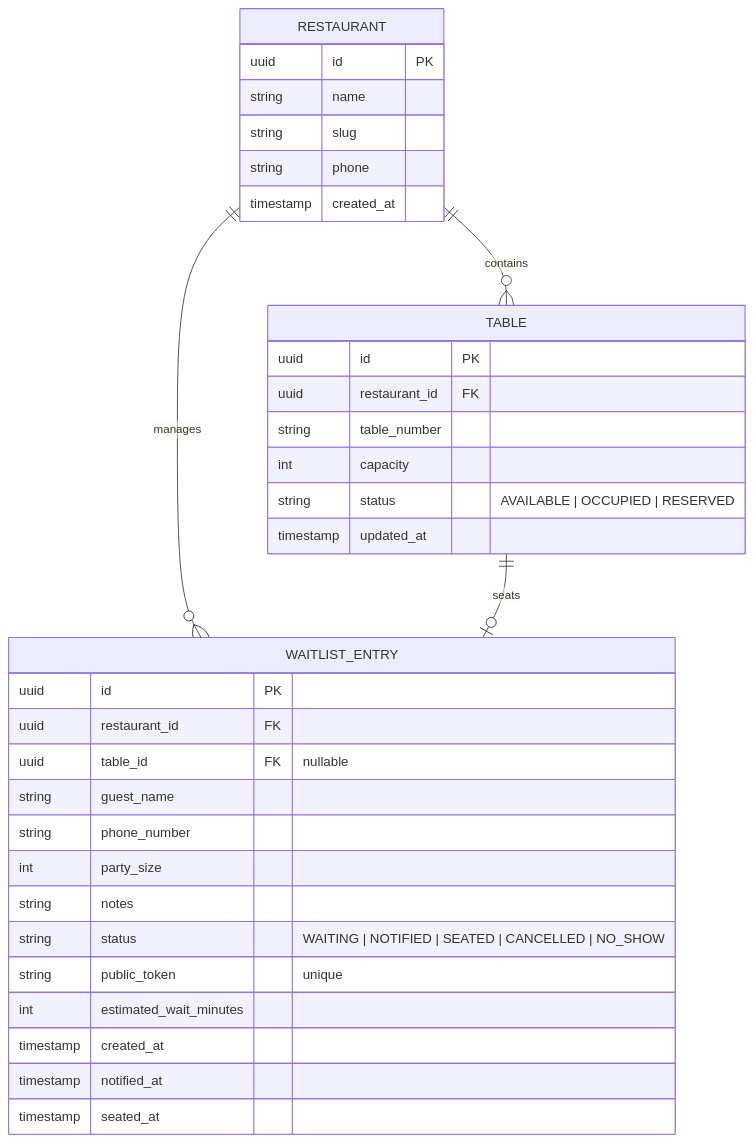
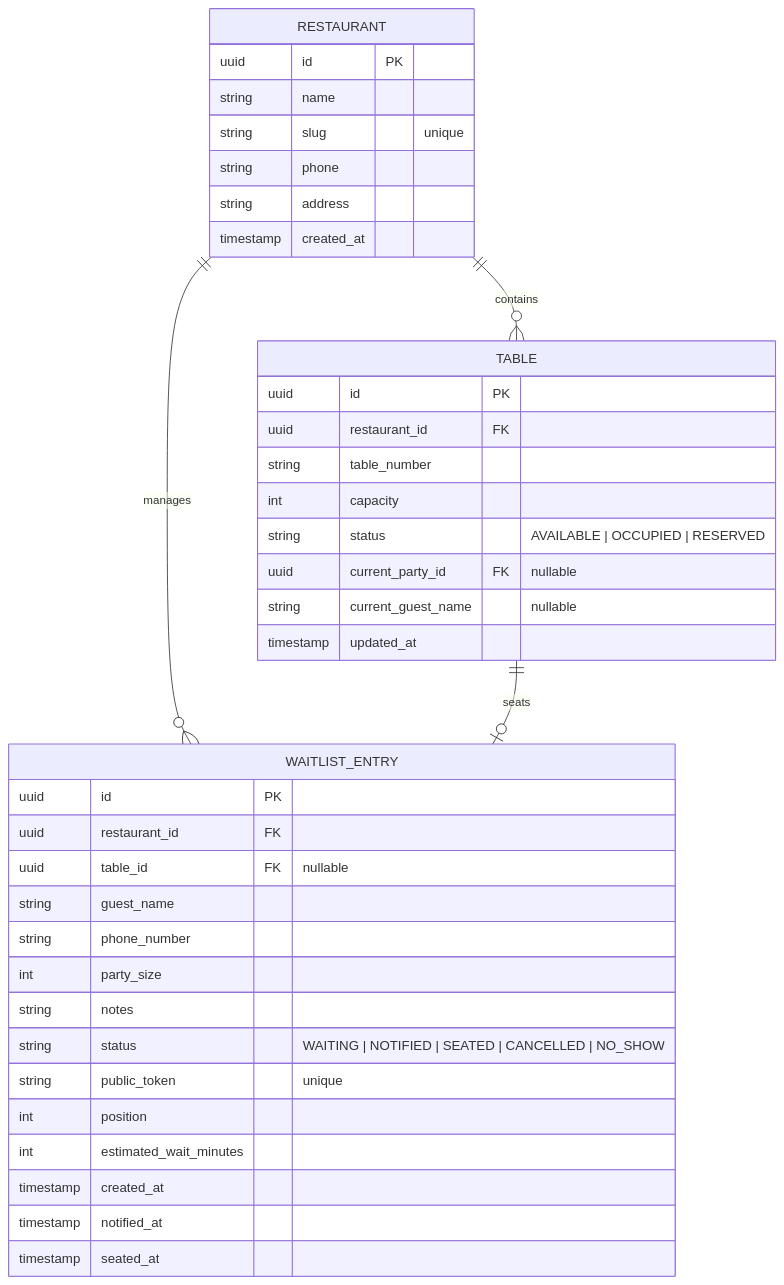
The diagram in week_2/_docs/specs.md (natan-mesay/ai-dev-tools-zoomcamp), drawn with Mermaid before and after one commit. The commit also changed other lines of this file and 64 other files, not shown here.

````diff
--- a/week_2/_docs/specs.md
+++ b/week_2/_docs/specs.md
@@ -87,39 +80,43 @@
 ```mermaid
 erDiagram
     RESTAURANT ||--o{ TABLE : contains
     RESTAURANT ||--o{ WAITLIST_ENTRY : manages
     TABLE ||--o| WAITLIST_ENTRY : seats
 
     RESTAURANT {
         uuid id PK
         string name
-        string slug
+        string slug "unique"
         string phone
+        string address
         timestamp created_at
     }
 
     TABLE {
         uuid id PK
         uuid restaurant_id FK
         string table_number
         int capacity
         string status "AVAILABLE | OCCUPIED | RESERVED"
+        uuid current_party_id FK "nullable"
+        string current_guest_name "nullable"
         timestamp updated_at
     }
 
     WAITLIST_ENTRY {
         uuid id PK
         uuid restaurant_id FK
         uuid table_id FK "nullable"
         string guest_name
         string phone_number
         int party_size
         string notes
         string status "WAITING | NOTIFIED | SEATED | CANCELLED | NO_SHOW"
         string public_token "unique"
+        int position
         int estimated_wait_minutes
         timestamp created_at
         timestamp notified_at
         timestamp seated_at
     }
 ```
````
